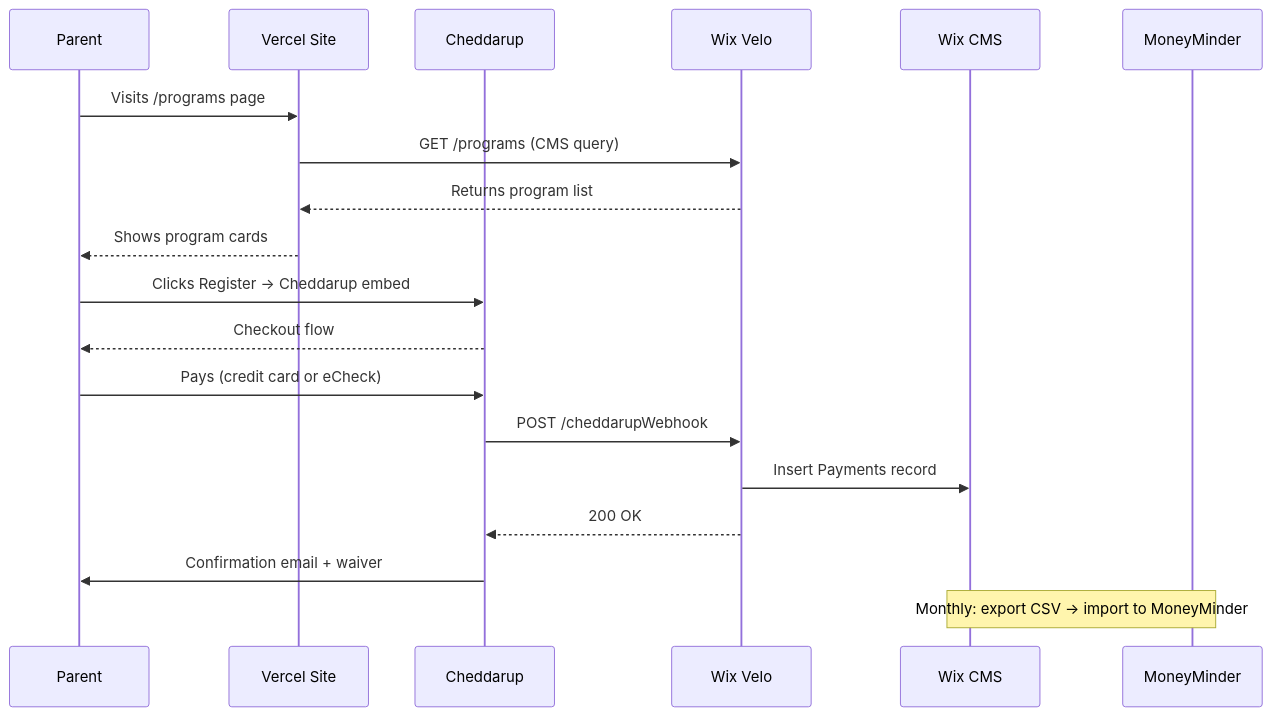
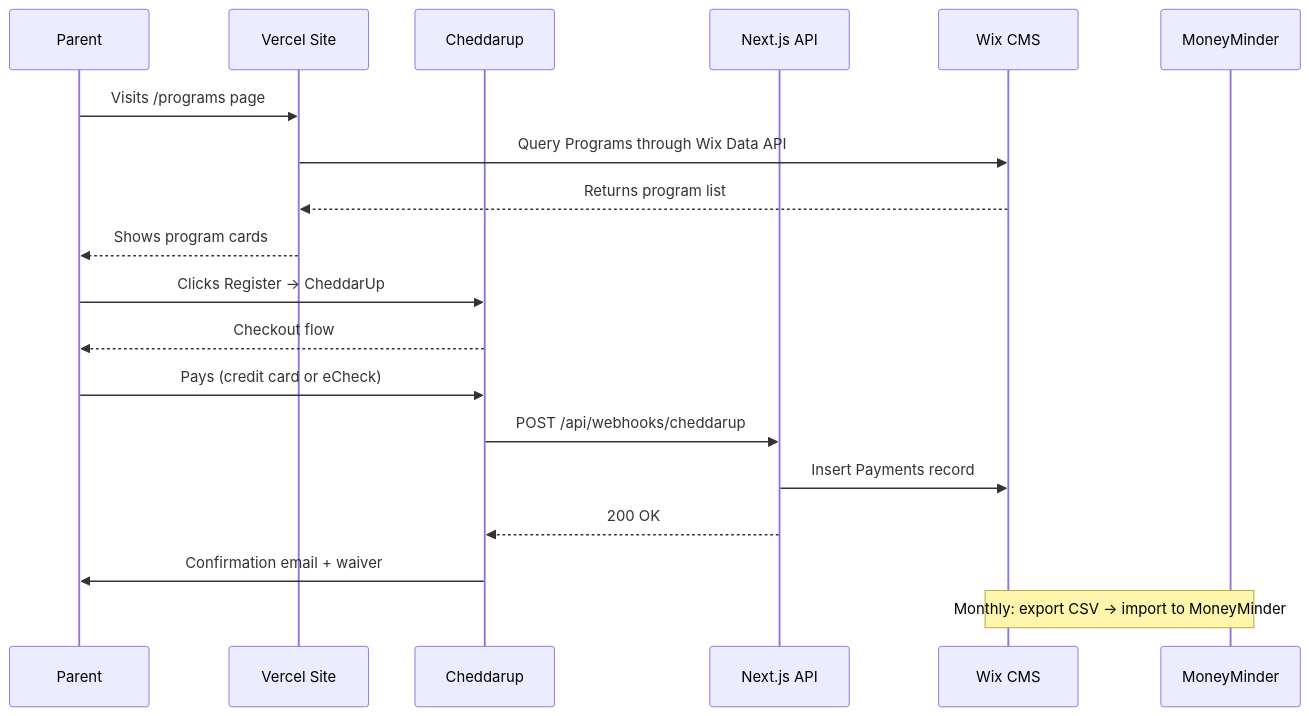
The second of 4 diagrams in docs/ARCHITECTURE.md (auraflux-dev/pavilion), drawn with Mermaid before and after one commit. The commit also changed other lines of this file and 18 other files, not shown here.

````diff
--- a/docs/ARCHITECTURE.md
+++ b/docs/ARCHITECTURE.md
@@ -127,22 +126,22 @@
 ```mermaid
 sequenceDiagram
     participant P as Parent
     participant V as Vercel Site
     participant C as Cheddarup
-    participant W as Wix Velo
+    participant N as Next.js API
     participant CMS as Wix CMS
     participant MM as MoneyMinder
 
     P->>V: Visits /programs page
-    V->>W: GET /programs (CMS query)
-    W-->>V: Returns program list
+    V->>CMS: Query Programs through Wix Data API
+    CMS-->>V: Returns program list
     V-->>P: Shows program cards
-    P->>C: Clicks Register → Cheddarup embed
+    P->>C: Clicks Register → CheddarUp
     C-->>P: Checkout flow
     P->>C: Pays (credit card or eCheck)
-    C->>W: POST /cheddarupWebhook
-    W->>CMS: Insert Payments record
-    W-->>C: 200 OK
+    C->>N: POST /api/webhooks/cheddarup
+    N->>CMS: Insert Payments record
+    N-->>C: 200 OK
     C->>P: Confirmation email + waiver
     Note over CMS,MM: Monthly: export CSV → import to MoneyMinder
 ```
````
